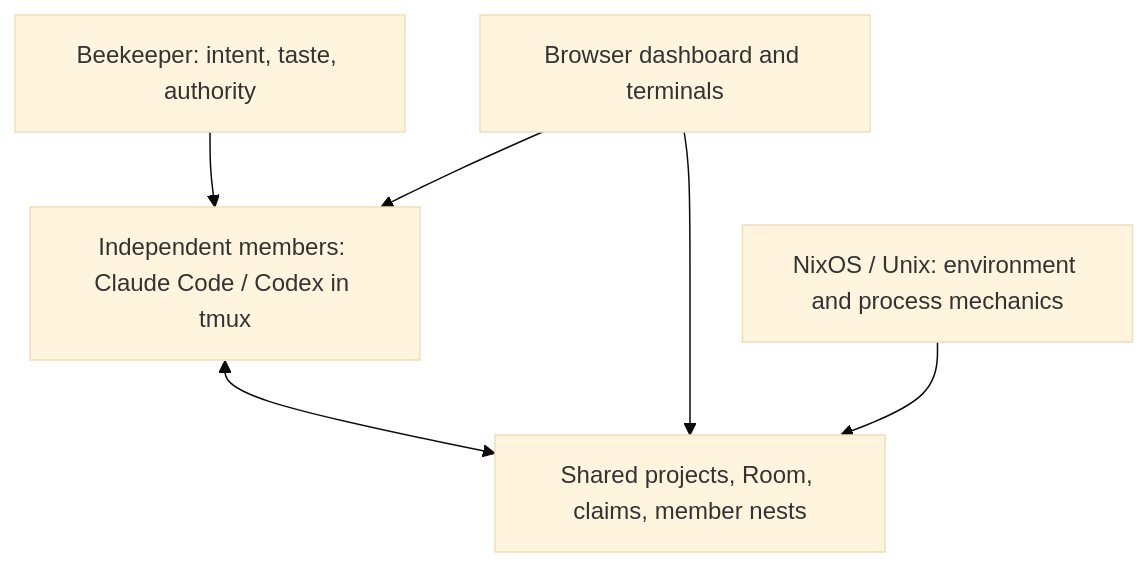
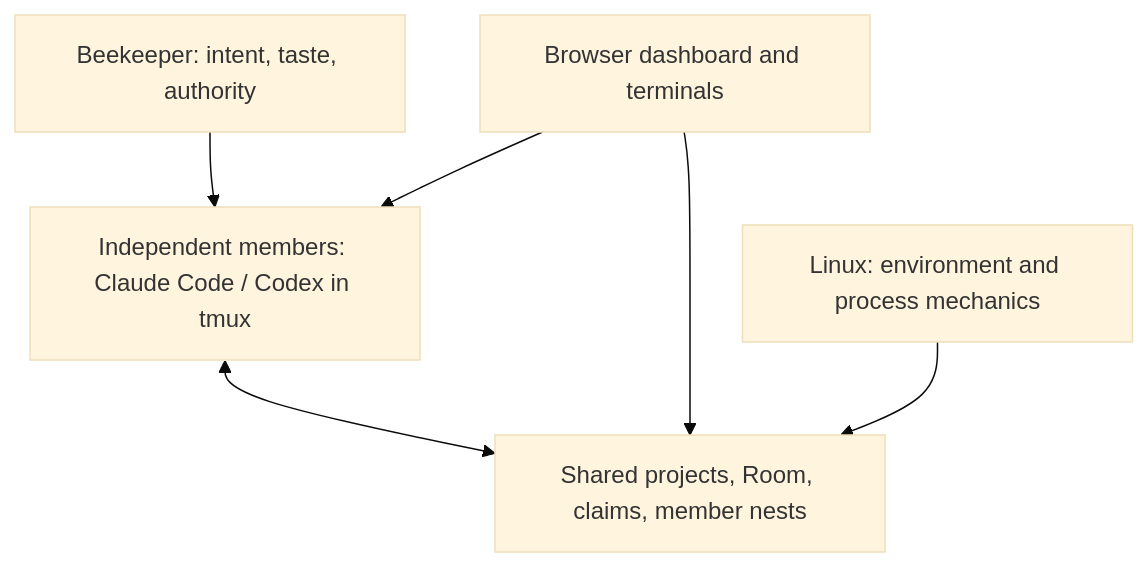
One commit to PhucTruong-ctrl/agentic-hive changed the diagram in README.md. Above: the diagram before and after it, drawn with Mermaid (base theme). The commit also changed other lines of this file and 9 other files, not shown here.

````diff
--- a/README.md
+++ b/README.md
@@ -59,8 +59,8 @@
 ```mermaid
 flowchart TD
     human["Beekeeper: intent, taste, authority"] --> members["Independent members: Claude Code / Codex in tmux"]
     members <--> habitat["Shared projects, Room, claims, member nests"]
     dashboard["Browser dashboard and terminals"] --> members
     dashboard --> habitat
-    unix["NixOS / Unix: environment and process mechanics"] --> habitat
+    unix["Linux: environment and process mechanics"] --> habitat
 ```
````
